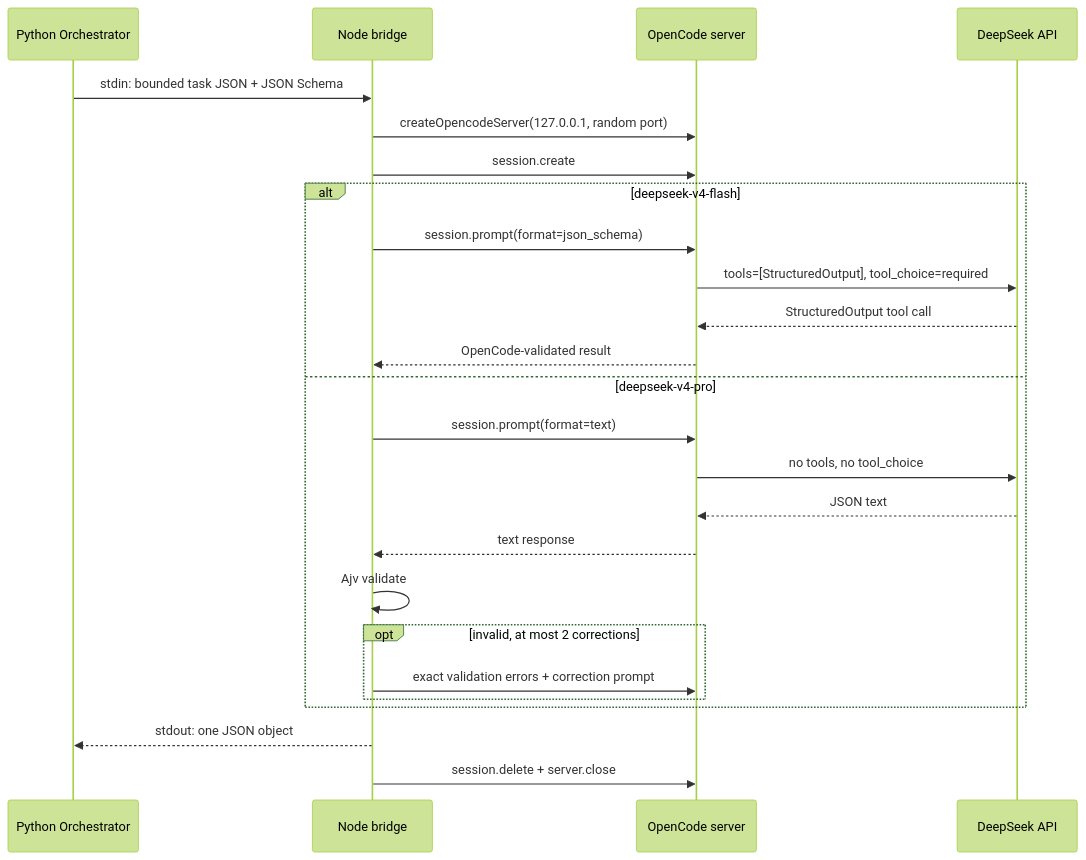
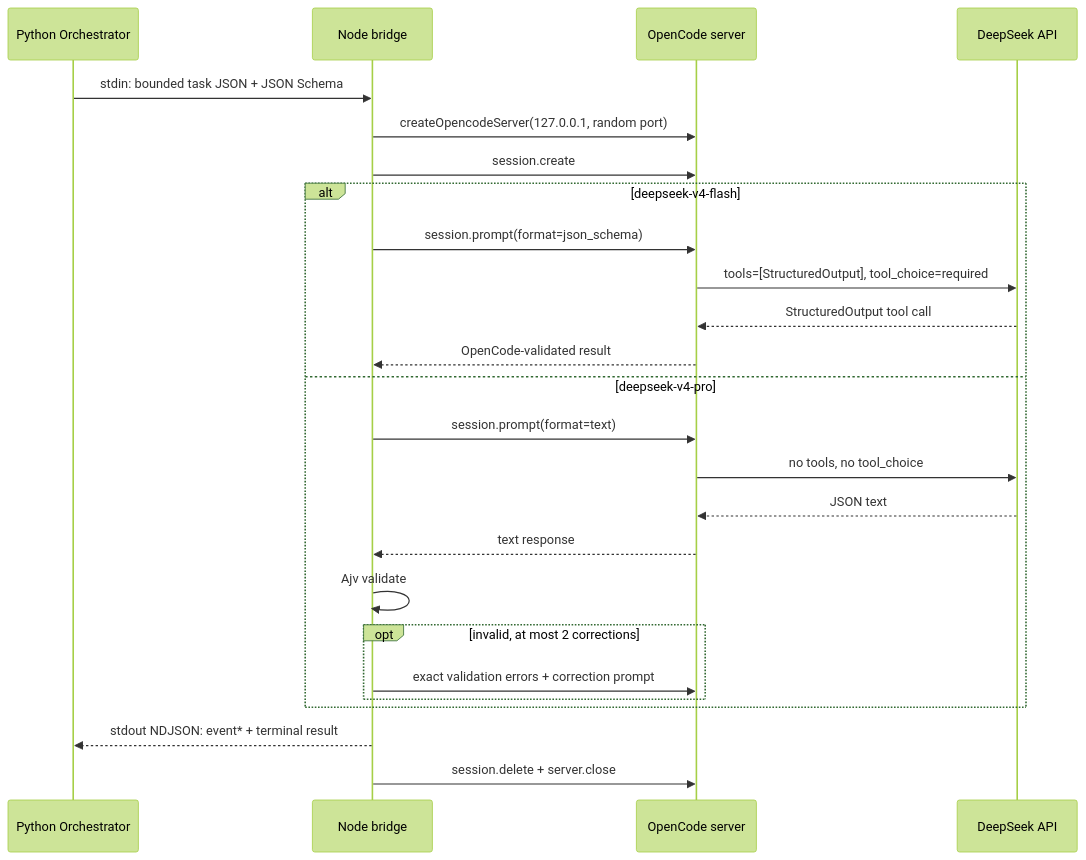
The diagram in docs/opencode-deepseek.zh-CN.md (Nijika0529/ApkScanner), drawn with Mermaid (forest theme) before and after one commit. The commit also changed other lines of this file and 20 other files, not shown here.

````diff
--- a/docs/opencode-deepseek.zh-CN.md
+++ b/docs/opencode-deepseek.zh-CN.md
@@ -51,28 +51,28 @@
 ```mermaid
 sequenceDiagram
     participant P as Python Orchestrator
     participant W as Node bridge
     participant O as OpenCode server
     participant D as DeepSeek API
 
     P->>W: stdin: bounded task JSON + JSON Schema
     W->>O: createOpencodeServer(127.0.0.1, random port)
     W->>O: session.create
     alt deepseek-v4-flash
         W->>O: session.prompt(format=json_schema)
         O->>D: tools=[StructuredOutput], tool_choice=required
         D-->>O: StructuredOutput tool call
         O-->>W: OpenCode-validated result
     else deepseek-v4-pro
         W->>O: session.prompt(format=text)
         O->>D: no tools, no tool_choice
         D-->>O: JSON text
         O-->>W: text response
         W->>W: Ajv validate
         opt invalid, at most 2 corrections
             W->>O: exact validation errors + correction prompt
         end
     end
-    W-->>P: stdout: one JSON object
+    W-->>P: stdout NDJSON: event* + terminal result
     W->>O: session.delete + server.close
 ```
````
